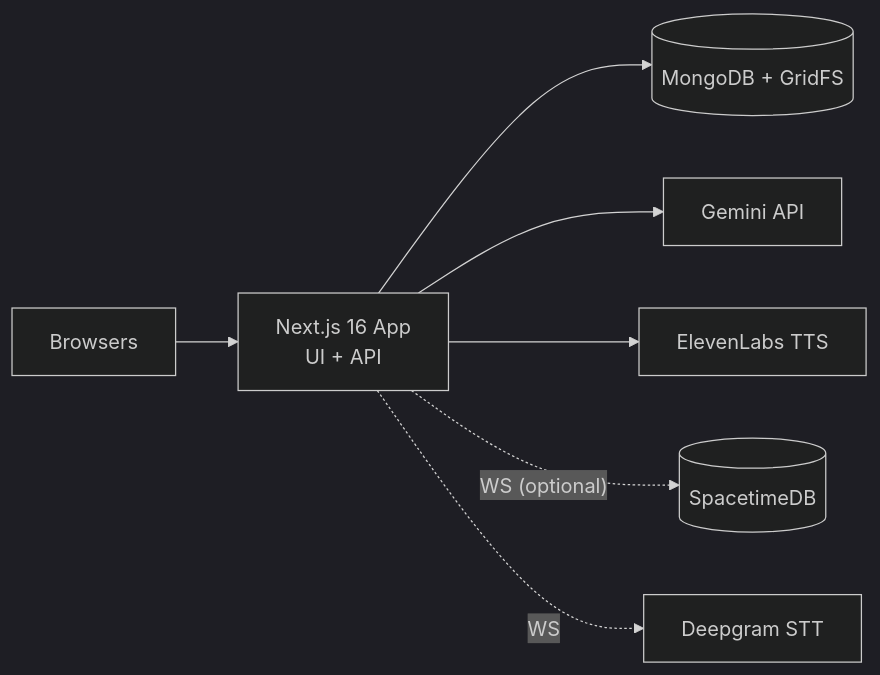
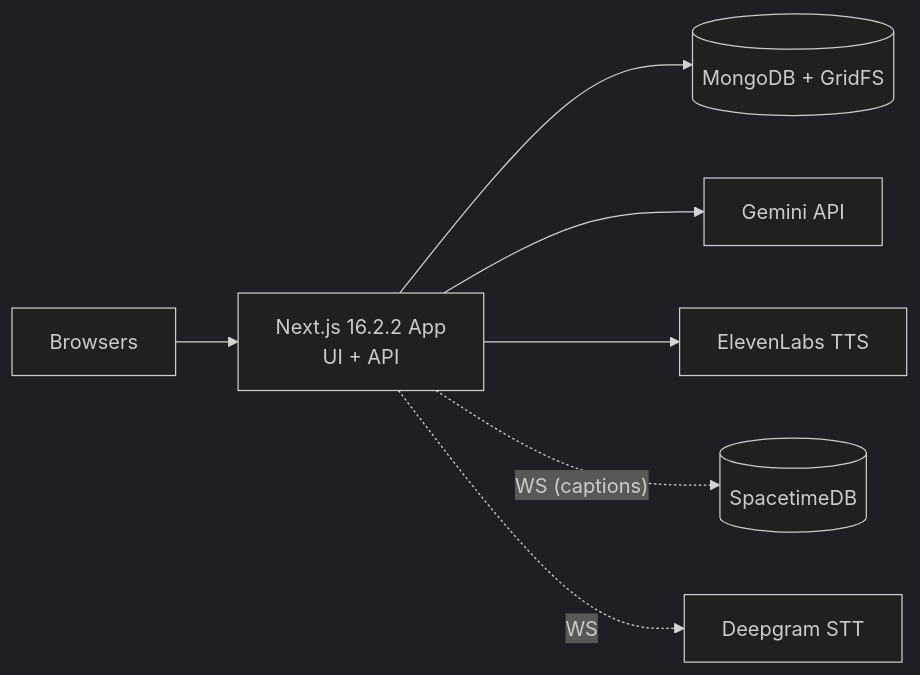
The ninth of 9 diagrams in PULSE_ARCHITECTUREPLAN.md (arvinder004/PULSE_HACKBYTE4.0), drawn with Mermaid (dark theme) before and after one commit. The commit also changed other lines of this file and 7 other files, not shown here.

First line of the commit message:
feat: Update documentation and architecture for PULSE

````diff
--- a/PULSE_ARCHITECTUREPLAN.md
+++ b/PULSE_ARCHITECTUREPLAN.md
@@ -523,9 +589,9 @@
 ```mermaid
 graph LR
-  Device[Browsers] --> Next[Next.js 16 App\nUI + API]
+  Device[Browsers] --> Next[Next.js 16.2.2 App\nUI + API]
   Next --> Mongo[(MongoDB + GridFS)]
   Next --> Gemini[Gemini API]
   Next --> ElevenLabs[ElevenLabs TTS]
-  Next -. "WS (optional)" .-> STDB[(SpacetimeDB)]
+  Next -. "WS (captions)" .-> STDB[(SpacetimeDB)]
   Next -. "WS" .-> Deepgram[Deepgram STT]
 ```
````
